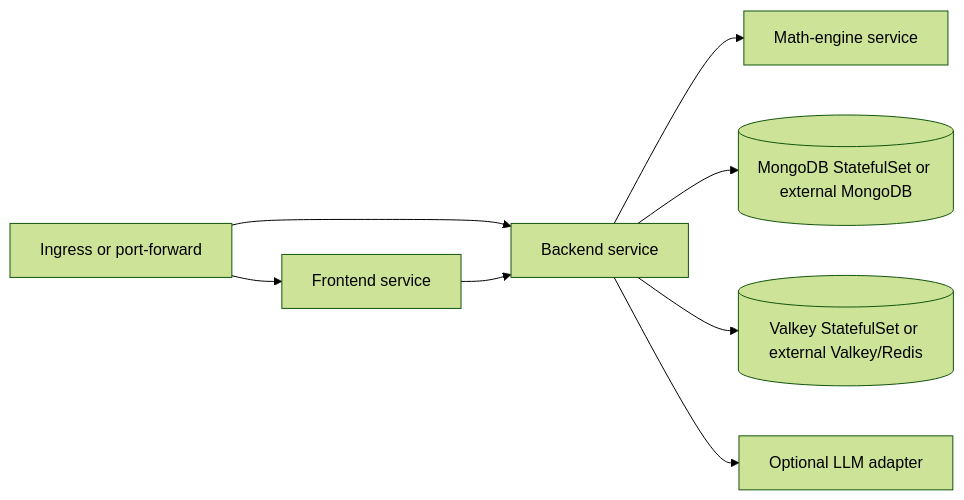
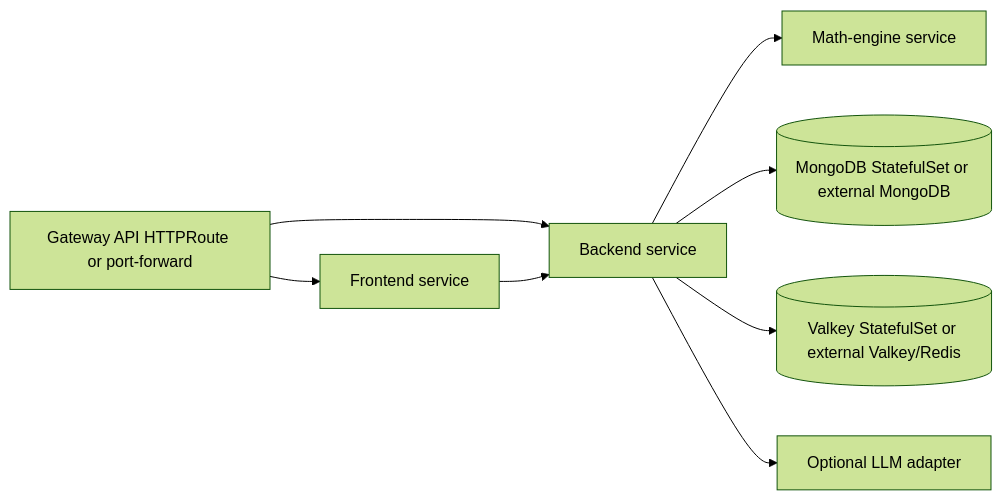
Before and after one commit to MisterVVP/logarift: the fifth of 5 diagrams in docs/technical/system-design.md, drawn with Mermaid (forest theme). The commit also changed 10 other files, not shown here.

Commit message:
Use Gateway API and fix LLM adapter service discovery

````diff
--- a/docs/technical/system-design.md
+++ b/docs/technical/system-design.md
@@ -236,18 +236,18 @@
 ```mermaid
 flowchart LR
-  Ingress[Ingress or port-forward]
+  Gateway[Gateway API HTTPRoute or port-forward]
   UI[Frontend service]
   API[Backend service]
   Math[Math-engine service]
   Mongo[(MongoDB StatefulSet or external MongoDB)]
   Valkey[(Valkey StatefulSet or external Valkey/Redis)]
   LLM[Optional LLM adapter]
 
-  Ingress --> UI
-  Ingress --> API
+  Gateway --> UI
+  Gateway --> API
   UI --> API
   API --> Math
   API --> Mongo
   API --> Valkey
   API --> LLM
 ```
````
